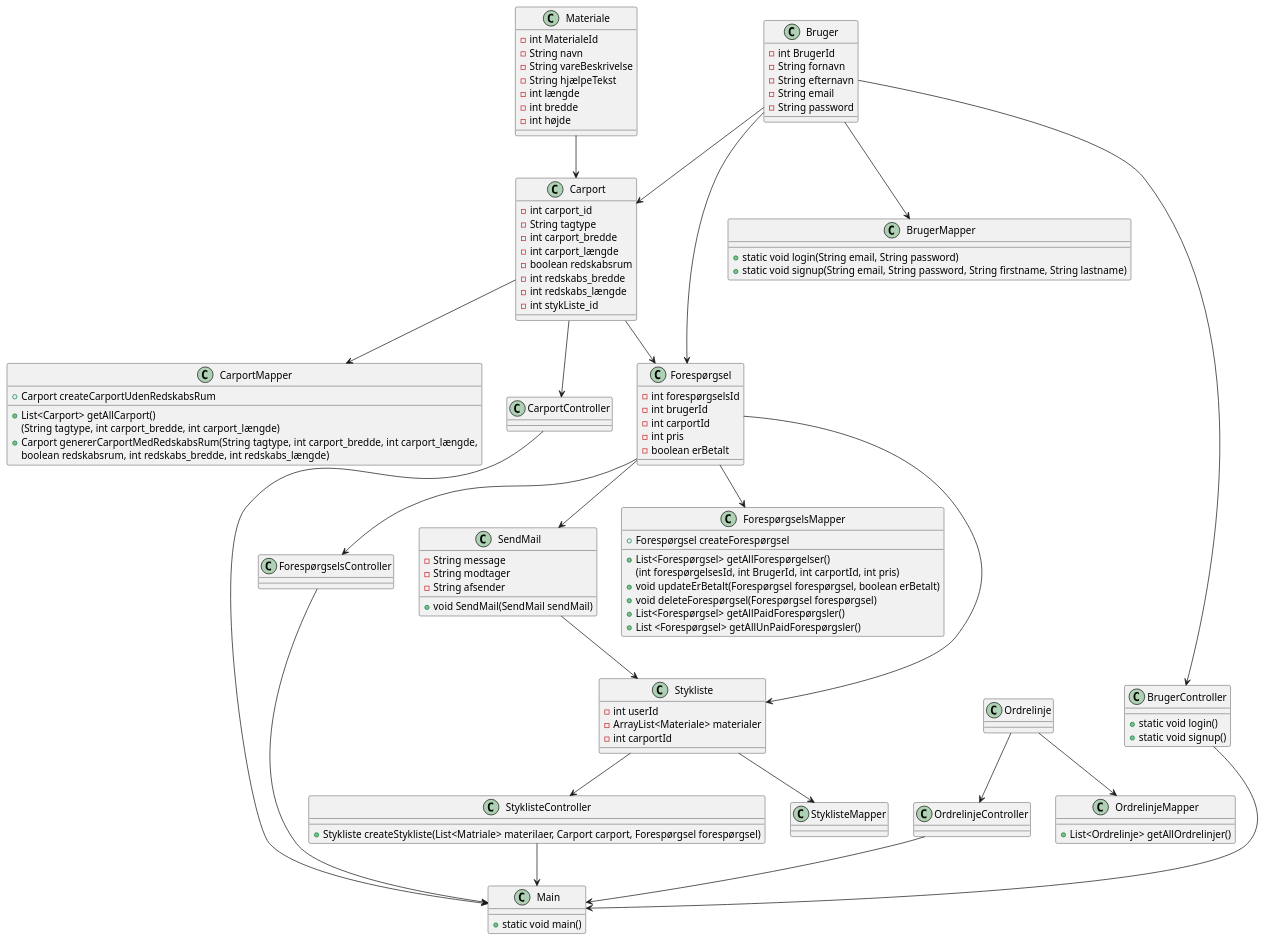
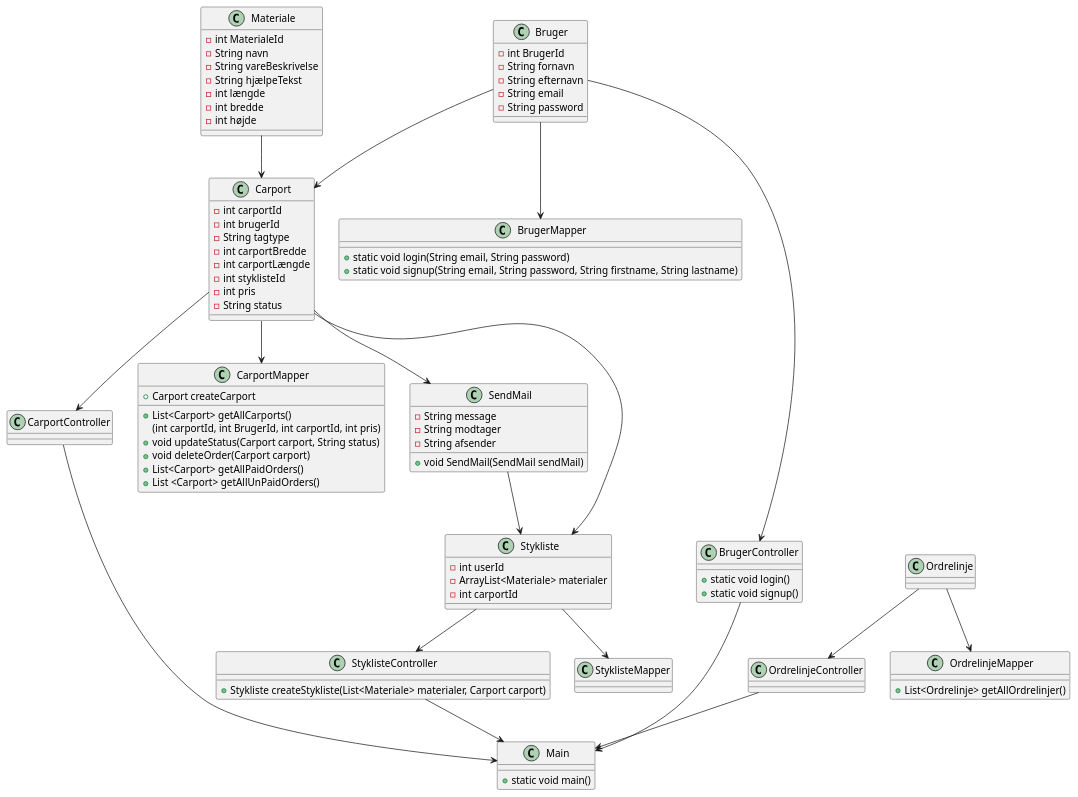
Before and after one commit to AlexSmed/FogCarport: the diagram in src/domænelmodel/Klassediagram.puml, drawn with PlantUML. The commit also changed 6 other files, not shown here.

Commit message:
opdateret klassediagram, fjernet forespørgsel og redskabsrum

```diff
--- a/src/domænelmodel/Klassediagram.puml
+++ b/src/domænelmodel/Klassediagram.puml
@@ -1,133 +1,112 @@
 @startuml
 'https://plantuml.com/class-diagram
 
 
 class Bruger{
 - int BrugerId
 - String fornavn
 - String efternavn
 - String email
 - String password
 }
 
 
 class Materiale{
 - int MaterialeId
 - String navn
 - String vareBeskrivelse
 - String hjælpeTekst
 - int længde
 - int bredde
 - int højde
 }
-class Forespørgsel{
-- int forespørgselsId
-- int brugerId
-- int carportId
-- int pris
-- boolean erBetalt
-}
+
 
 class Stykliste{
 - int userId
 - ArrayList<Materiale> materialer
 - int carportId
 }
 class Carport{
- - int carport_id
+ - int carportId
+ - int brugerId
  - String tagtype
- - int carport_bredde
- - int carport_længde
- - boolean redskabsrum
- - int redskabs_bredde
- - int redskabs_længde
- - int stykListe_id
+ - int carportBredde
+ - int carportLængde
+ - int styklisteId
+ - int pris
+ - String status
+
 }
 class Main{
 + static void main()
 }
 
 class BrugerController{
 + static void login()
 + static void signup()
 }
 class CarportController{
 
 }
 class StyklisteController{
-+ Stykliste createStykliste(List<Matriale> materilaer, Carport carport, Forespørgsel forespørgsel)
++ Stykliste createStykliste(List<Materiale> materialer, Carport carport)
 }
 class OrdrelinjeController{
 }
-class ForespørgselsController{
 
-
-}
 
 class OrdrelinjeMapper{
     + List<Ordrelinje> getAllOrdrelinjer()
 
 }
-class ForespørgselsMapper{
-    +List<Forespørgsel> getAllForespørgelser()
-    + Forespørgsel createForespørgsel
-    (int forespørgelsesId, int BrugerId, int carportId, int pris)
-    + void updateErBetalt(Forespørgsel forespørgsel, boolean erBetalt)
-    + void deleteForespørgsel(Forespørgsel forespørgsel)
-    + List<Forespørgsel> getAllPaidForespørgsler()
-    + List <Forespørgsel> getAllUnPaidForespørgsler()
-
-}
 class CarportMapper{
-+ List<Carport> getAllCarport()
-+ Carport createCarportUdenRedskabsRum
-(String tagtype, int carport_bredde, int carport_længde)
-+ Carport genererCarportMedRedskabsRum(String tagtype, int carport_bredde, int carport_længde,
-boolean redskabsrum, int redskabs_bredde, int redskabs_længde)
+    +List<Carport> getAllCarports()
+    + Carport createCarport
+    (int carportId, int BrugerId, int carportId, int pris)
+    + void updateStatus(Carport carport, String status)
+    + void deleteOrder(Carport carport)
+    + List<Carport> getAllPaidOrders()
+    + List <Carport> getAllUnPaidOrders()
 
 }
 class BrugerMapper{
 + static void login(String email, String password)
 + static void signup(String email, String password, String firstname, String lastname)
 }
 class StyklisteMapper{
 }
 class SendMail{
 - String message
 - String modtager
 - String afsender
 + void SendMail(SendMail sendMail)
 }
 
 
 BrugerController --> Main
 StyklisteController --> Main
 CarportController --> Main
-ForespørgselsController --> Main
 OrdrelinjeController --> Main
 Bruger --> BrugerController
 Bruger --> BrugerMapper
 
 Stykliste --> StyklisteMapper
 Stykliste  --> StyklisteController
 
-Carport --> CarportController
 Carport --> CarportMapper
 
-Forespørgsel --> ForespørgselsController
-Forespørgsel --> ForespørgselsMapper
+Carport --> CarportController
 
 Ordrelinje --> OrdrelinjeController
 Ordrelinje --> OrdrelinjeMapper
 
 Materiale --> Carport
 Bruger --> Carport
-Bruger --> Forespørgsel
-Carport --> Forespørgsel
-Forespørgsel --> SendMail
+Carport --> SendMail
 SendMail --> Stykliste
-Forespørgsel --> Stykliste
+Carport --> Stykliste
 
 
 
 @enduml
```
